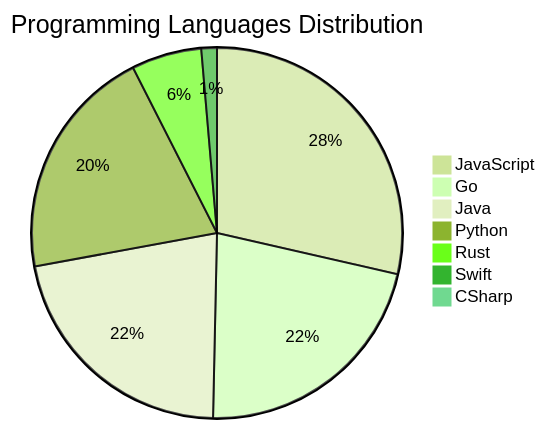
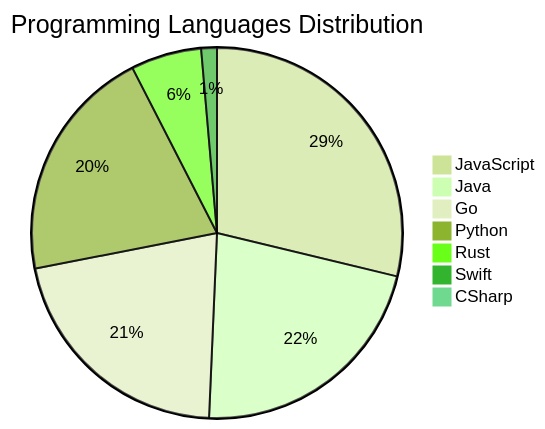
The diagram in README.md (Derrick-MUGISHA/github-activity-bot), drawn with Mermaid (forest theme) before and after one commit. The commit also changed other lines of this file and 4 other files, not shown here.

````diff
--- a/README.md
+++ b/README.md
@@ -207,10 +207,10 @@
 ```mermaid
 pie title Programming Languages Distribution
     "JavaScript" : 42
-    "Go" : 32
     "Java" : 32
+    "Go" : 31
     "Python" : 30
     "Rust" : 9
     "Swift" : 2
     "CSharp" : 1
 ```
````
